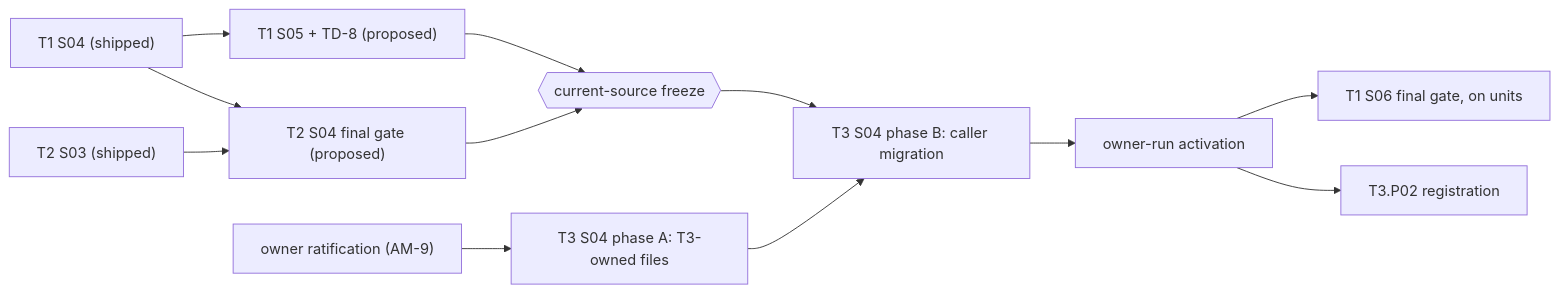
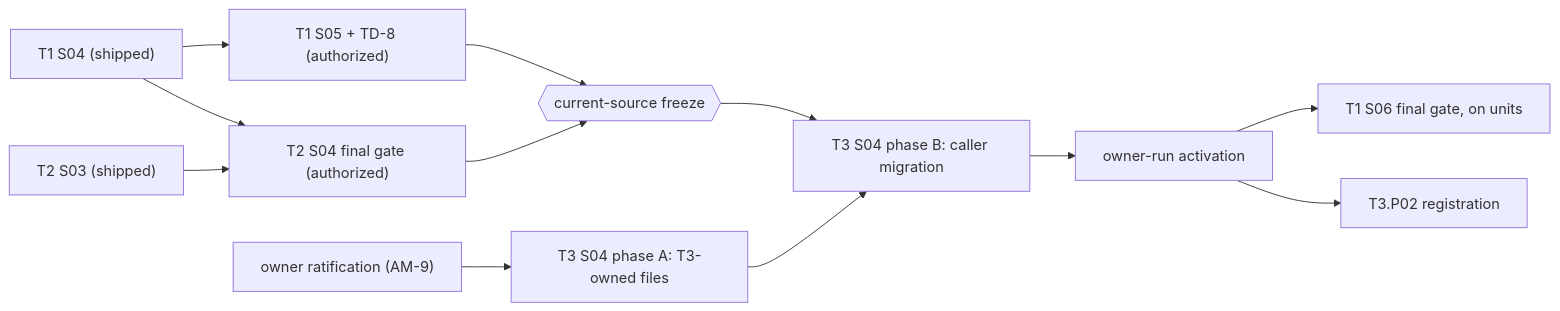
Before and after one commit to Biskiq/spatial-sketch-editor: the fourth of 4 diagrams in docs/roadmap/cross-track-execution.md, drawn with Mermaid. The commit also changed other lines of this file and 22 other files, not shown here.

````diff
--- a/docs/roadmap/cross-track-execution.md
+++ b/docs/roadmap/cross-track-execution.md
@@ -503,14 +503,14 @@
 ```mermaid
 flowchart LR
-  P["T1 S04 (shipped)"] --> W["T1 S05 + TD-8 (proposed)"]
-  UI["T2 S03 (shipped)"] --> T2F["T2 S04 final gate (proposed)"]
+  P["T1 S04 (shipped)"] --> W["T1 S05 + TD-8 (authorized)"]
+  UI["T2 S03 (shipped)"] --> T2F["T2 S04 final gate (authorized)"]
   P --> T2F
   W --> FRZ{{"current-source freeze"}}
   T2F --> FRZ
   RAT["owner ratification (AM-9)"] --> CA["T3 S04 phase A: T3-owned files"]
   CA --> CB["T3 S04 phase B: caller migration"]
   FRZ --> CB
   CB --> ACT["owner-run activation"]
   ACT --> G["T1 S06 final gate, on units"]
   ACT --> PRE["T3.P02 registration"]
 ```
````
